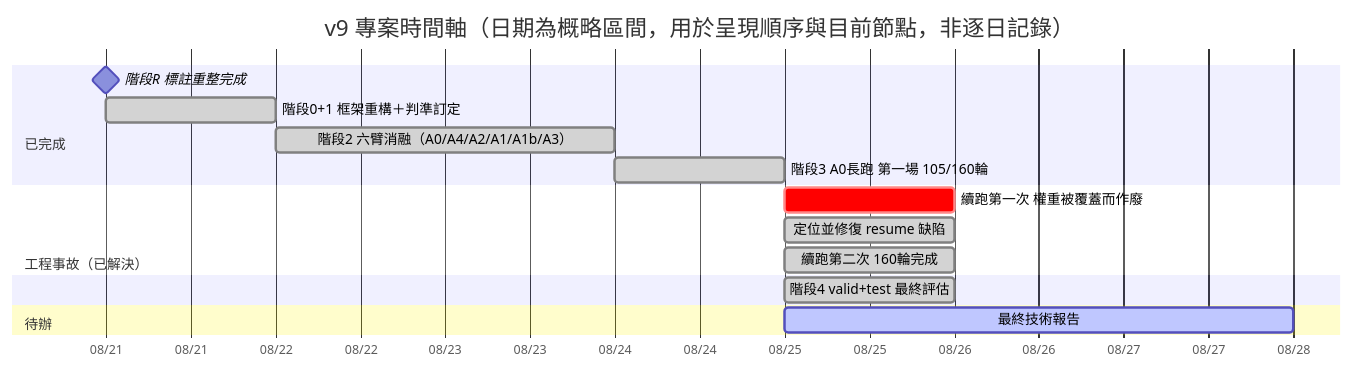
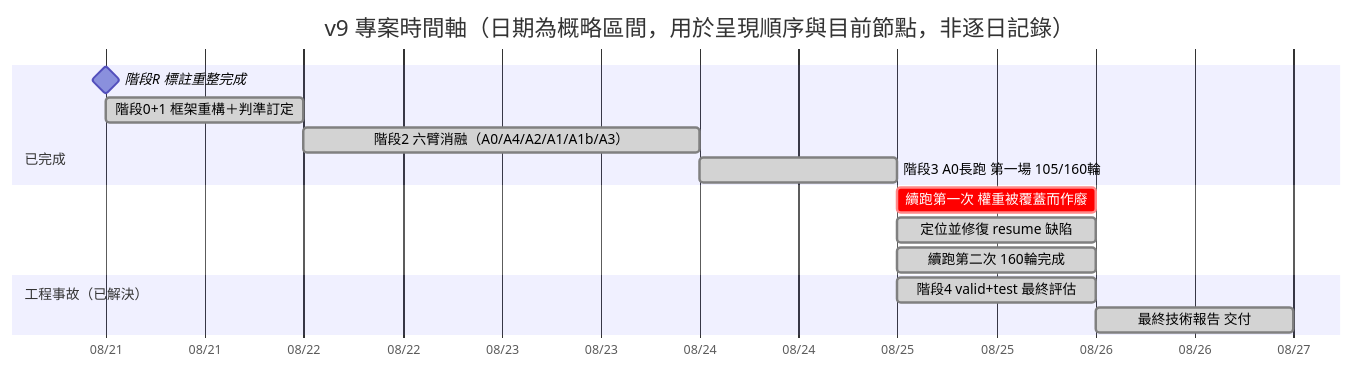
One commit to DreamOver9183/AY2026_Citrus_Pests_and_Diseases_Project changed the fourth of 4 diagrams in docs/v9_報告_階段性進度週報.md. Above: the diagram before and after it, drawn with Mermaid. The commit also changed other lines of this file and 10 other files, not shown here.

````diff
--- a/docs/v9_報告_階段性進度週報.md
+++ b/docs/v9_報告_階段性進度週報.md
@@ -272,19 +272,18 @@
 ```mermaid
 gantt
     title v9 專案時間軸（日期為概略區間，用於呈現順序與目前節點，非逐日記錄）
     dateFormat YYYY-MM-DD
     axisFormat %m/%d
     section 已完成
     階段R 標註重整完成           :milestone, r1, 2026-08-21, 0d
     階段0+1 框架重構＋判準訂定    :done, s1, 2026-08-21, 1d
     階段2 六臂消融（A0/A4/A2/A1/A1b/A3） :done, s2, after s1, 2d
     階段3 A0長跑 第一場 105/160輪  :done, s3, after s2, 1d
     section 工程事故（已解決）
     續跑第一次 權重被覆蓋而作廢    :crit, x1, 2026-08-25, 1d
     定位並修復 resume 缺陷        :done, x2, 2026-08-25, 1d
     續跑第二次 160輪完成          :done, x3, 2026-08-25, 1d
     section 已完成
     階段4 valid+test 最終評估     :done, s4, 2026-08-25, 1d
-    section 待辦
-    最終技術報告                  :active, s5, 2026-08-25, 3d
+    最終技術報告 交付             :done, s5, 2026-08-26, 1d
 ```
````
